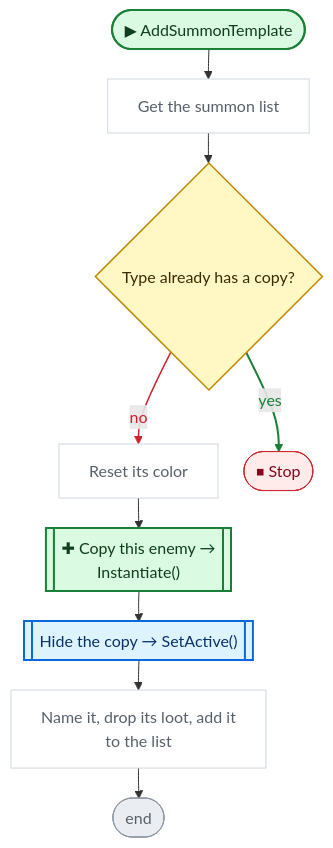
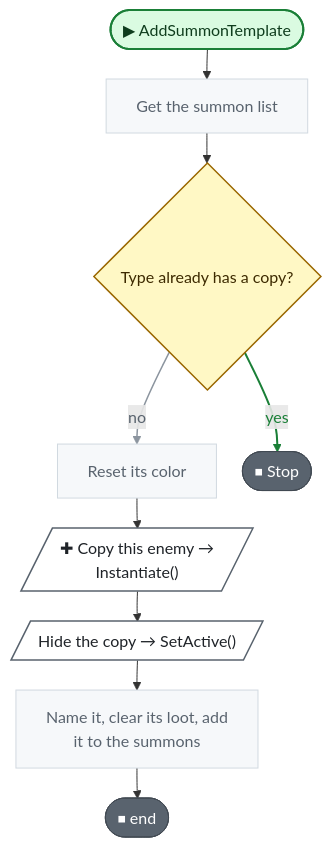
The fifth of 7 diagrams in CodeGraph~/graph/Enemy.cs.md (nataiai/Lord-of-the-Dungeon), drawn with Mermaid before and after one commit. The commit also changed other lines of this file and 57 other files, not shown here.

````diff
--- a/CodeGraph~/graph/Enemy.cs.md
+++ b/CodeGraph~/graph/Enemy.cs.md
@@ -297,50 +299,49 @@
 ```mermaid
 ---
 config:
   flowchart:
     wrappingWidth: 260
     nodeSpacing: 26
     rankSpacing: 30
 ---
 flowchart TD
   nS(["▶ AddSummonTemplate"])
   nca6752["Get the summon list"]
   nec34b2{"Type already has a copy?"}
   n9e2a68["Reset its color"]
-  na4413f[["✚ Copy this enemy →<br>Instantiate()"]]
-  nd7af5b[["Hide the copy → SetActive()"]]
-  n9dc6c6["Name it, drop its loot, add it<br>to the list"]
-  nE(["end"])
+  na4413f[/"✚ Copy this enemy →<br>Instantiate()"/]
+  nd7af5b[/"Hide the copy → SetActive()"/]
+  n9dc6c6["Name it, clear its loot, add<br>it to the summons"]
+  nE(["⏹ end"])
   nb2e4fc(["⏹ Stop"])
   nS --> nca6752
   nca6752 --> nec34b2
   nec34b2 -->|no| n9e2a68
   nec34b2 -->|yes| nb2e4fc
   n9e2a68 --> na4413f
   na4413f --> nd7af5b
   nd7af5b --> n9dc6c6
   n9dc6c6 --> nE
-  linkStyle 2 stroke:#cf222e,stroke-width:1.5px,color:#cf222e
+  linkStyle 2 stroke:#8c959f,stroke-width:1.5px,color:#59636e
   linkStyle 3 stroke:#1a7f37,stroke-width:2px,color:#1a7f37
   classDef unity fill:#dafbe1,stroke:#1a7f37,stroke-width:2px,color:#0f3d1d
   classDef start fill:#dafbe1,stroke:#1a7f37,stroke-width:2px,color:#0f3d1d
-  classDef calc fill:#ffffff,stroke:#d0d7de,color:#57606a
+  classDef calc fill:#f6f8fa,stroke:#d1d9e0,color:#59636e
   classDef calls fill:#ddf4ff,stroke:#0969da,stroke-width:2px,color:#0a3069
-  classDef ext fill:#ddf4ff,stroke:#0969da,stroke-width:2px,stroke-dasharray:5 3,color:#0a3069
-  classDef cond fill:#fff8c5,stroke:#bf8700,stroke-width:1.5px,color:#3d2a00
-  classDef loop fill:#f6f8fa,stroke:#57606a,color:#1f2328
-  classDef exit fill:#ffebe9,stroke:#cf222e,color:#82071e
+  classDef ext fill:#f6f8fa,stroke:#59636e,stroke-width:1.5px,stroke-dasharray:5 5,color:#1f2328
+  classDef cond fill:#fff8c5,stroke:#9a6700,stroke-width:1.5px,color:#3d2a00
+  classDef loop fill:#fff8c5,stroke:#9a6700,color:#3d2a00
+  classDef wait fill:#fff8c5,stroke:#9a6700,color:#3d2a00
+  classDef exit fill:#59636e,stroke:#424a53,color:#ffffff
+  classDef fin fill:#59636e,stroke:#424a53,color:#ffffff
+  classDef act fill:#ffffff,stroke:#59636e,stroke-width:1.5px,color:#1f2328
   classDef kill fill:#ffebe9,stroke:#cf222e,stroke-width:2px,color:#82071e
-  classDef spawn fill:#dafbe1,stroke:#1a7f37,stroke-width:2px,color:#0f3d1d
-  classDef wait fill:#fff1e5,stroke:#bc4c00,color:#4d1d00
-  classDef fin fill:#eaeef2,stroke:#8c959f,color:#57606a
   classDef join fill:#d0d7de,stroke:#8c959f,color:#57606a
   classDef ghdr fill:#f5f9ff,stroke:#f5f9ff,color:#0a3069,font-weight:bold
+  class na4413f,nd7af5b act
   class nca6752,n9e2a68,n9dc6c6 calc
-  class nd7af5b calls
   class nec34b2 cond
   class nb2e4fc exit
   class nE fin
-  class na4413f spawn
   class nS start
 ```
````
